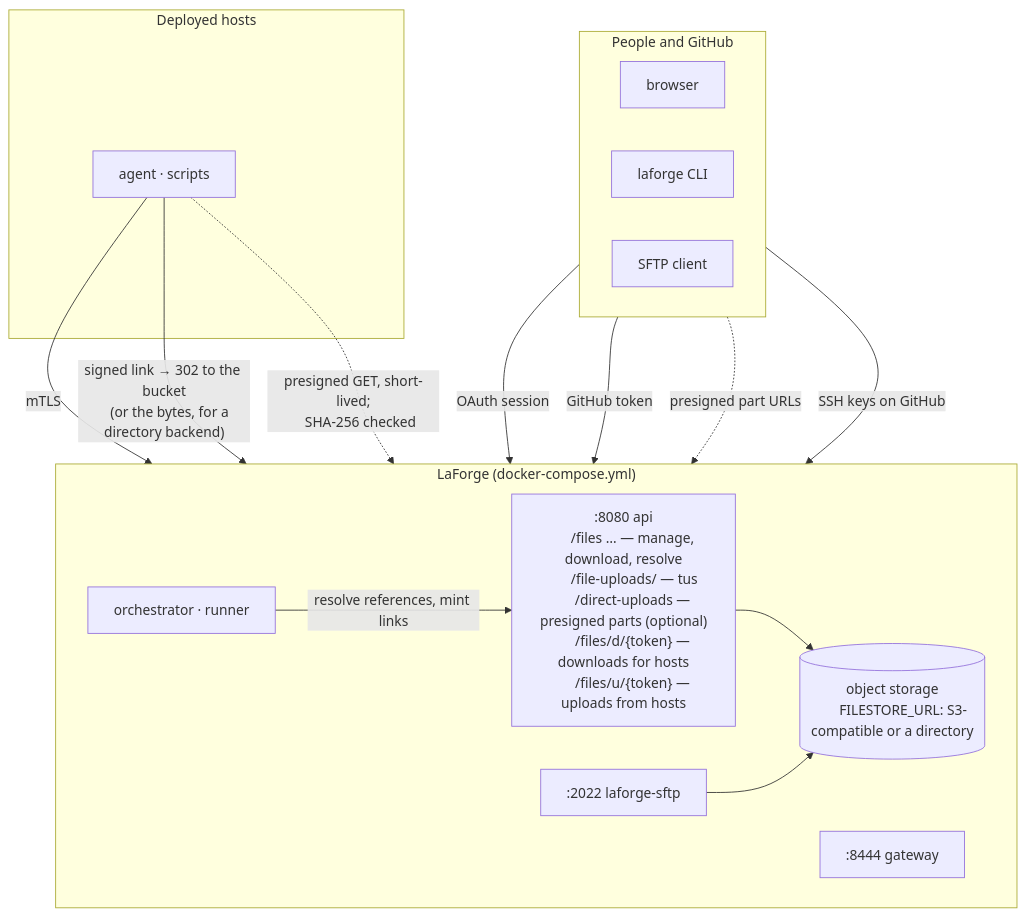
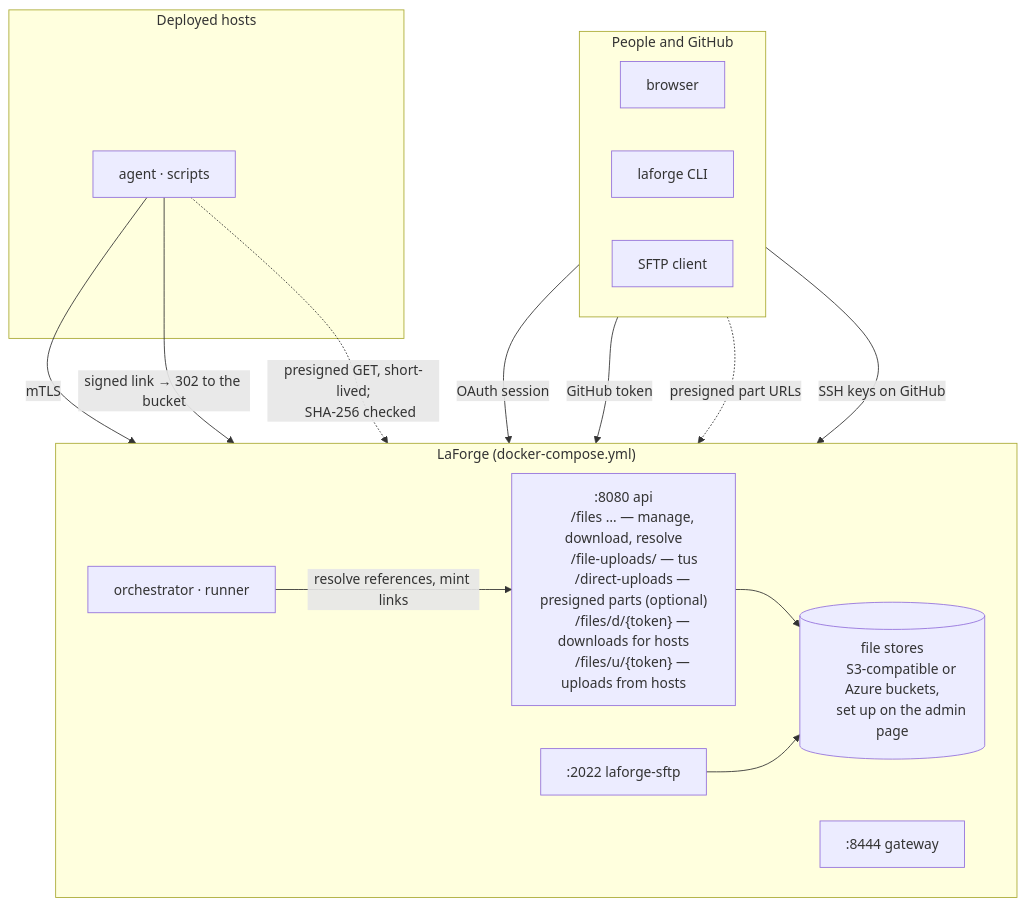
Before and after one commit to globalcptc/laforge: the diagram in docs/plans/file-store.md, drawn with Mermaid. The commit also changed other lines of this file, not shown here.

Commit message:
File store plan: stores set up on an admin page, no directory backend

````diff
--- a/docs/plans/file-store.md
+++ b/docs/plans/file-store.md
@@ -45,39 +46,39 @@
 ```mermaid
 flowchart TB
     subgraph People["People and GitHub"]
       direction LR
       browser["browser"]
       cli["laforge CLI"]
       sftpc["SFTP client"]
     end
     subgraph LaForge["LaForge (docker-compose.yml)"]
       direction LR
       api[":8080 api
       /files … — manage, download, resolve
       /file-uploads/ — tus
       /direct-uploads — presigned parts (optional)
       /files/d/{token} — downloads for hosts
       /files/u/{token} — uploads from hosts"]
       sftp[":2022 laforge-sftp"]
       gw[":8444 gateway"]
       orch["orchestrator · runner"]
-      bucket[("object storage
-      FILESTORE_URL: S3-compatible or a directory")]
+      bucket[("file stores
+      S3-compatible or Azure buckets,
+      set up on the admin page")]
     end
     subgraph Hosts["Deployed hosts"]
       host["agent · scripts"]
     end
 
     browser -- "OAuth session" --> api
     cli -- "GitHub token" --> api
     browser -. "presigned part URLs" .-> bucket
     sftpc -- "SSH keys on GitHub" --> sftp
     api --> bucket
     sftp --> bucket
     orch -- "resolve references, mint links" --> api
     host -- "mTLS" --> gw
-    host -- "signed link → 302 to the bucket
-    (or the bytes, for a directory backend)" --> api
+    host -- "signed link → 302 to the bucket" --> api
     host -. "presigned GET, short-lived;
     SHA-256 checked" .-> bucket
 ```
````
